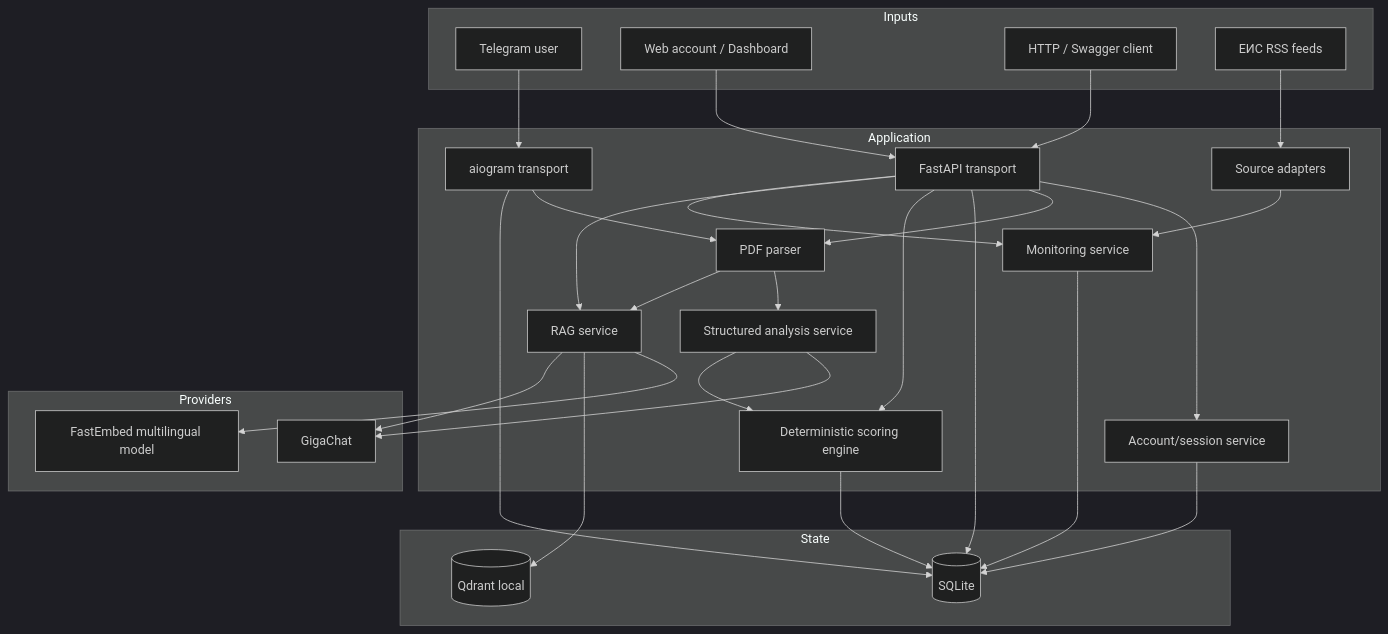
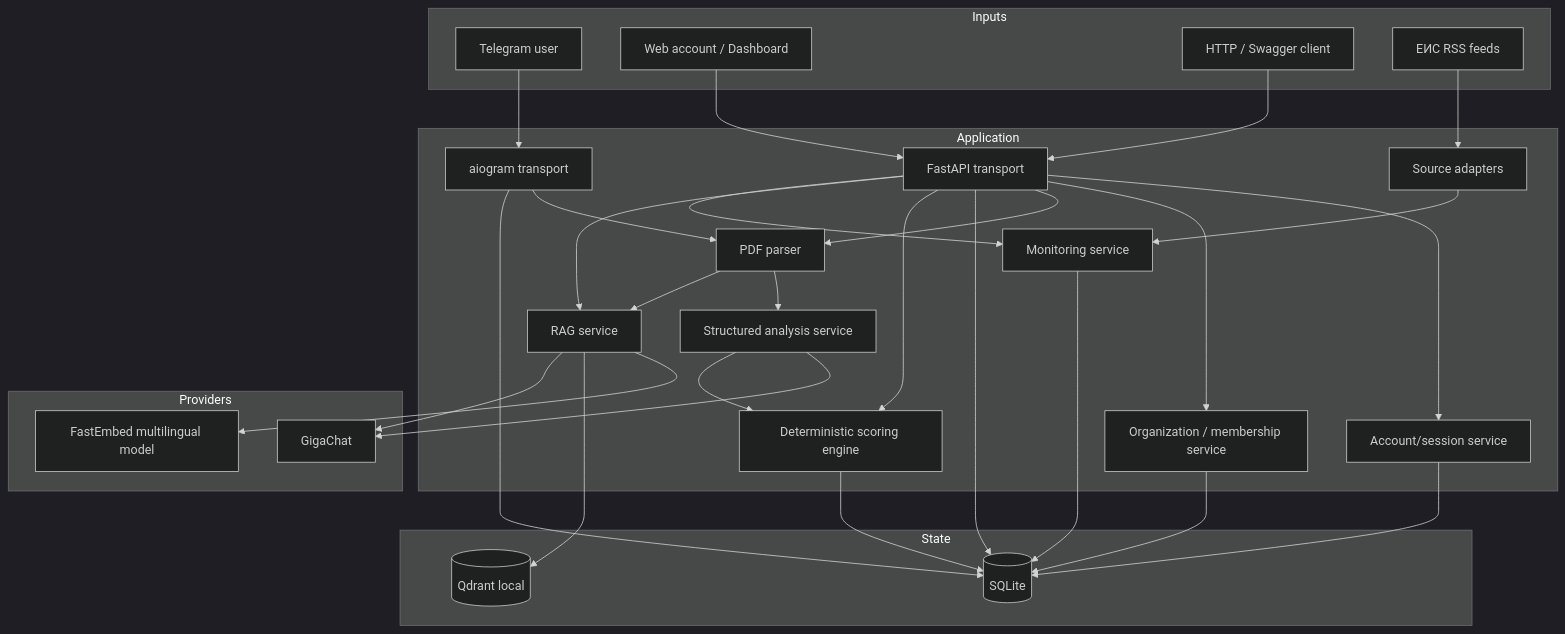
One commit to Ramzes2023/TenderLens-AI changed the diagram in ARCHITECTURE.md. Above: the diagram before and after it, drawn with Mermaid (dark theme). The commit also changed other lines of this file and 14 other files, not shown here.

````diff
--- a/ARCHITECTURE.md
+++ b/ARCHITECTURE.md
@@ -5,53 +5,56 @@
 ```mermaid
 flowchart TB
     subgraph Inputs
         TG[Telegram user]
         WEB[Web account / Dashboard]
         HTTP[HTTP / Swagger client]
         EIS[ЕИС RSS feeds]
     end
 
     subgraph Application
         BOT[aiogram transport]
         API[FastAPI transport]
         AUTH[Account/session service]
+        ORG[Organization / membership service]
         SRC[Source adapters]
         PARSE[PDF parser]
         ANALYZE[Structured analysis service]
         SCORE[Deterministic scoring engine]
         RAGSVC[RAG service]
         MON[Monitoring service]
     end
 
     subgraph Providers
         GIGA[GigaChat]
         EMB[FastEmbed multilingual model]
     end
 
     subgraph State
         DB[(SQLite)]
         QD[(Qdrant local)]
     end
 
     TG --> BOT
     WEB --> API
     HTTP --> API
     API --> AUTH
+    API --> ORG
     AUTH --> DB
+    ORG --> DB
     EIS --> SRC --> MON
     BOT --> PARSE
     API --> PARSE
     PARSE --> ANALYZE --> GIGA
     ANALYZE --> SCORE
     PARSE --> RAGSVC
     RAGSVC --> EMB
     RAGSVC --> QD
     RAGSVC --> GIGA
     SCORE --> DB
     MON --> DB
     BOT --> DB
     API --> DB
     API --> SCORE
     API --> RAGSVC
     API --> MON
 ```
````
